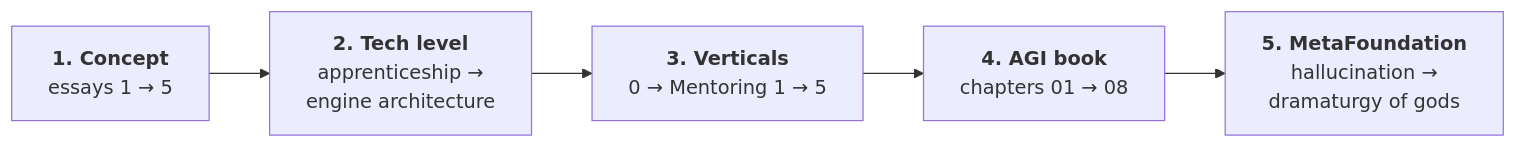
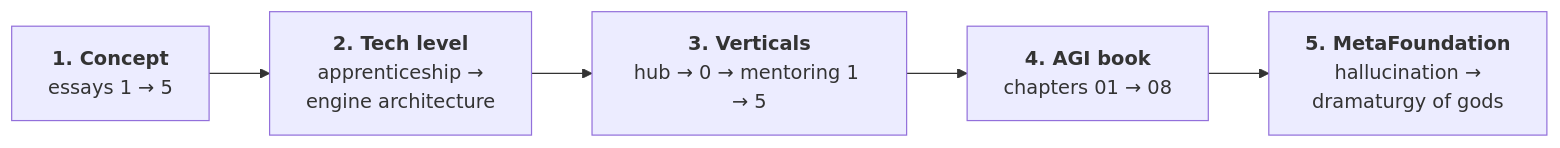
Before and after one commit to plykov/real-agi: the third of 3 diagrams in README.md, drawn with Mermaid. The commit also changed other lines of this file and 1 other file, not shown here.

First line of the commit message:
index: align README verticals section with the portfolio + add Russian README

````diff
--- a/README.md
+++ b/README.md
@@ -150,4 +153,4 @@
 ```mermaid
 flowchart LR
-    S1["<b>1. Concept</b><br/>essays 1 → 5"] --> S2["<b>2. Tech level</b><br/>apprenticeship →<br/>engine architecture"] --> S3["<b>3. Verticals</b><br/>0 → Mentoring 1 → 5"] --> S4["<b>4. AGI book</b><br/>chapters 01 → 08"] --> S5["<b>5. MetaFoundation</b><br/>hallucination →<br/>dramaturgy of gods"]
+    S1["<b>1. Concept</b><br/>essays 1 → 5"] --> S2["<b>2. Tech level</b><br/>apprenticeship →<br/>engine architecture"] --> S3["<b>3. Verticals</b><br/>hub → 0 → mentoring 1 → 5"] --> S4["<b>4. AGI book</b><br/>chapters 01 → 08"] --> S5["<b>5. MetaFoundation</b><br/>hallucination →<br/>dramaturgy of gods"]
 ```
````
